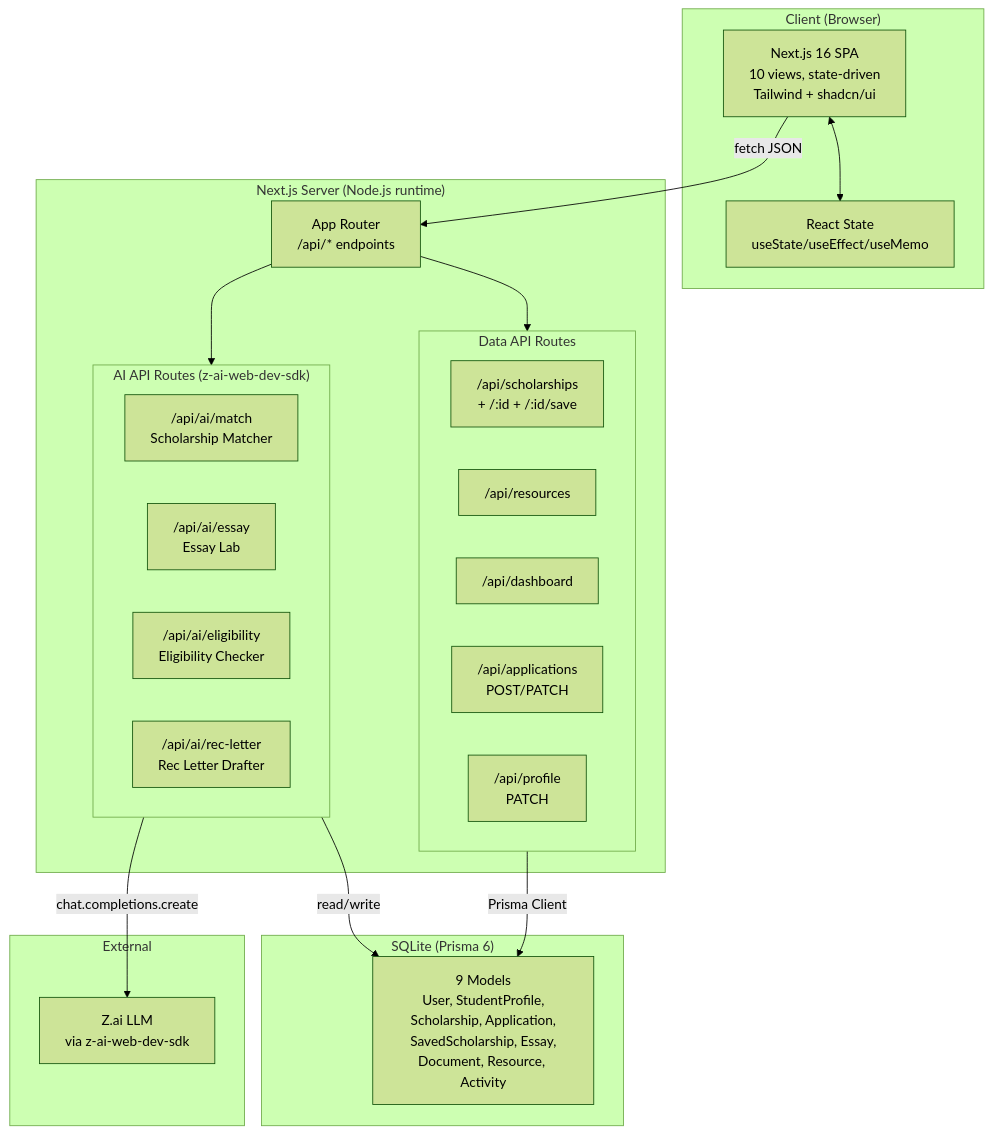
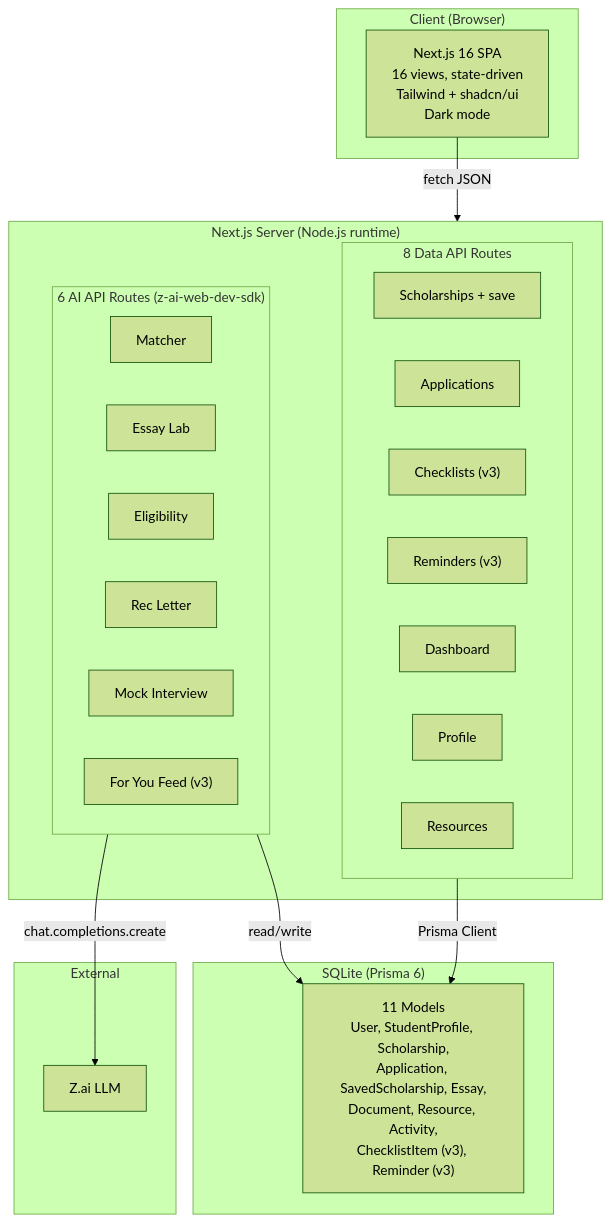
Before and after one commit to Hope0351/scholartrack: the diagram in README.md, drawn with Mermaid (forest theme). The commit also changed other lines of this file and 12 other files, not shown here.

First line of the commit message:
feat: v3.0 — For You feed, checklists, smart reminders, 51 scholarships

````diff
--- a/README.md
+++ b/README.md
@@ -368,42 +315,40 @@
 ```mermaid
 flowchart TB
     subgraph Client["Client (Browser)"]
-        UI["Next.js 16 SPA<br/>10 views, state-driven<br/>Tailwind + shadcn/ui"]
-        State["React State<br/>useState/useEffect/useMemo"]
-        UI <--> State
+        UI["Next.js 16 SPA<br/>16 views, state-driven<br/>Tailwind + shadcn/ui<br/>Dark mode"]
     end
 
     subgraph Server["Next.js Server (Node.js runtime)"]
-        Router["App Router<br/>/api/* endpoints"]
-
-        subgraph AIRoutes["AI API Routes (z-ai-web-dev-sdk)"]
-            Match["/api/ai/match<br/>Scholarship Matcher"]
-            Essay["/api/ai/essay<br/>Essay Lab"]
-            Elig["/api/ai/eligibility<br/>Eligibility Checker"]
-            Rec["/api/ai/rec-letter<br/>Rec Letter Drafter"]
+        subgraph AI["6 AI API Routes (z-ai-web-dev-sdk)"]
+            Match["Matcher"]
+            Essay["Essay Lab"]
+            Elig["Eligibility"]
+            Rec["Rec Letter"]
+            Interview["Mock Interview"]
+            Feed["For You Feed (v3)"]
         end
 
-        subgraph DataRoutes["Data API Routes"]
-            Sch["/api/scholarships<br/>+ /:id + /:id/save"]
-            Res["/api/resources"]
-            Dash["/api/dashboard"]
-            Apps["/api/applications<br/>POST/PATCH"]
-            Prof["/api/profile<br/>PATCH"]
+        subgraph Data["8 Data API Routes"]
+            Sch["Scholarships + save"]
+            Apps["Applications"]
+            Check["Checklists (v3)"]
+            Rem["Reminders (v3)"]
+            Dash["Dashboard"]
+            Prof["Profile"]
+            Res["Resources"]
         end
     end
 
     subgraph DB["SQLite (Prisma 6)"]
-        Schema["9 Models<br/>User, StudentProfile,<br/>Scholarship, Application,<br/>SavedScholarship, Essay,<br/>Document, Resource, Activity"]
+        Schema["11 Models<br/>User, StudentProfile, Scholarship,<br/>Application, SavedScholarship, Essay,<br/>Document, Resource, Activity,<br/>ChecklistItem (v3), Reminder (v3)"]
     end
 
     subgraph External["External"]
-        LLM["Z.ai LLM<br/>via z-ai-web-dev-sdk"]
+        LLM["Z.ai LLM"]
     end
 
-    UI -->|fetch JSON| Router
-    Router --> AIRoutes
-    Router --> DataRoutes
-    AIRoutes -->|chat.completions.create| LLM
-    AIRoutes -->|read/write| Schema
-    DataRoutes -->|Prisma Client| Schema
+    UI -->|fetch JSON| Server
+    AI -->|chat.completions.create| LLM
+    AI -->|read/write| Schema
+    Data -->|Prisma Client| Schema
 ```
````
